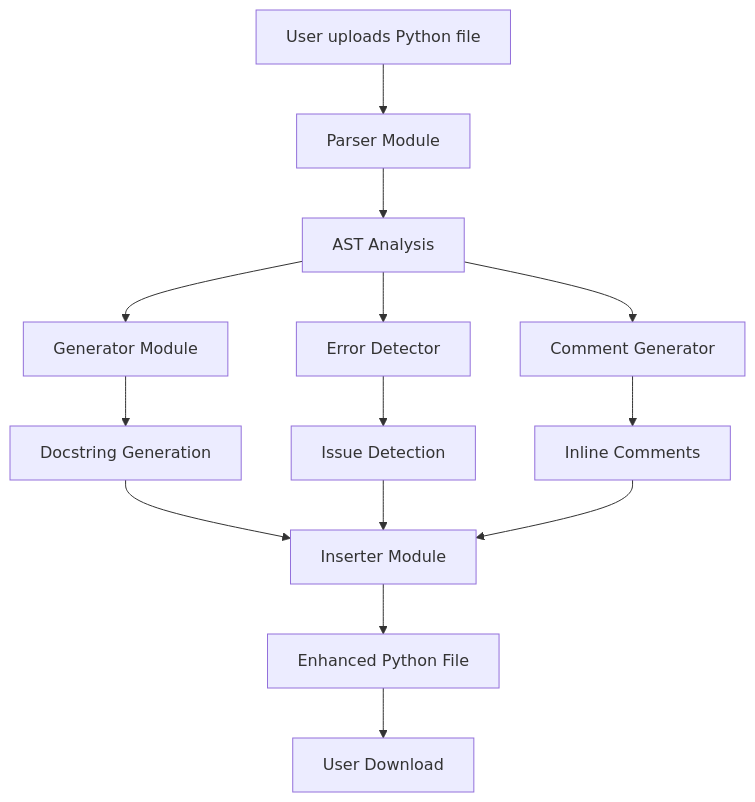
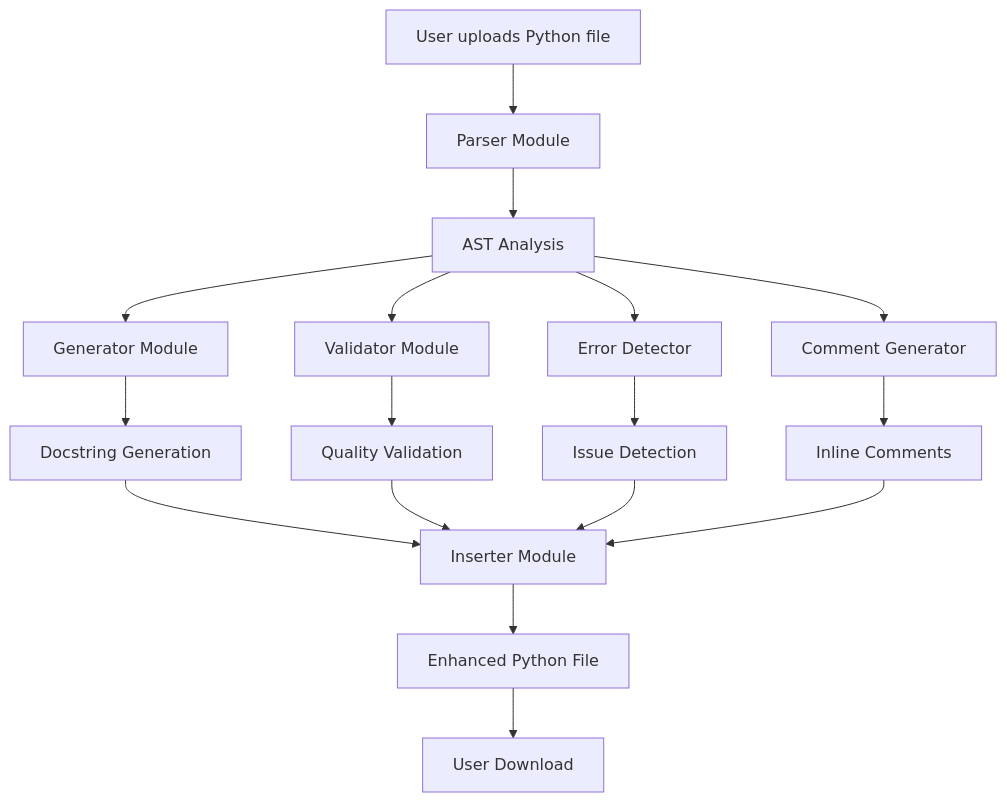
The diagram in README.md (Megesh07/Megesh07-Python-Docstring-Generator), drawn with Mermaid before and after one commit. The commit also changed other lines of this file, not shown here.

Commit message:
Update Mermaid diagram to include Validator module in workflow

````diff
--- a/README.md
+++ b/README.md
@@ -40,16 +40,19 @@
 ```mermaid
 graph TB
     A[User uploads Python file] --> B[Parser Module]
     B --> C[AST Analysis]
     C --> D[Generator Module]
-    C --> E[Error Detector]
-    C --> F[Comment Generator]
-    D --> G[Docstring Generation]
-    E --> H[Issue Detection]
-    F --> I[Inline Comments]
-    G --> J[Inserter Module]
-    H --> J
-    I --> J
-    J --> K[Enhanced Python File]
-    K --> L[User Download]
+    C --> E[Validator Module]
+    C --> F[Error Detector]
+    C --> G[Comment Generator]
+    D --> H[Docstring Generation]
+    E --> I[Quality Validation]
+    F --> J[Issue Detection]
+    G --> K[Inline Comments]
+    H --> L[Inserter Module]
+    I --> L
+    J --> L
+    K --> L
+    L --> M[Enhanced Python File]
+    M --> N[User Download]
 ```
````
